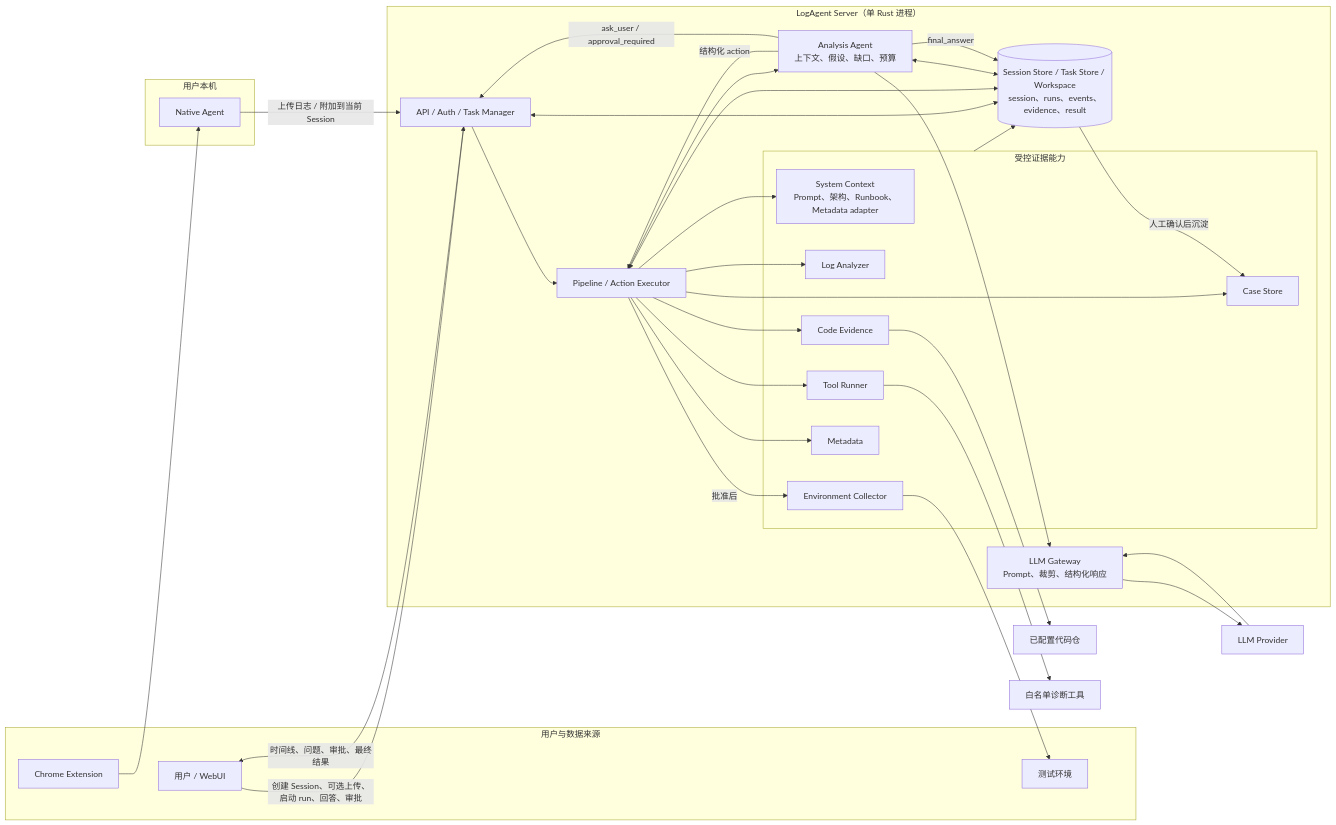
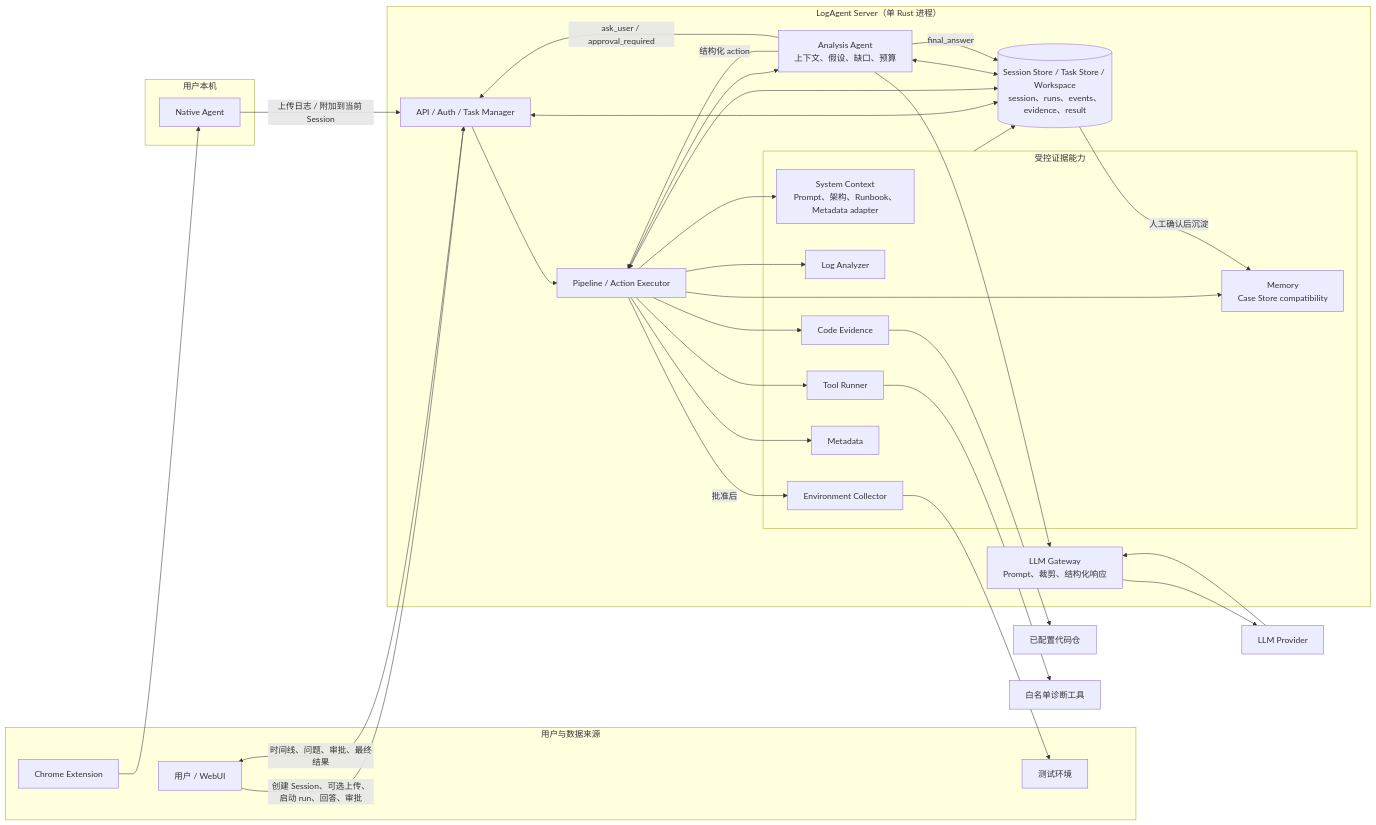
One commit to zhiwangdu/prd_assistant changed the diagram in README.md. Above: the diagram before and after it, drawn with Mermaid. The commit also changed other lines of this file and 26 other files, not shown here.

Commit message:
feat: add memory-backed case store

````diff
--- a/README.md
+++ b/README.md
@@ -58,67 +58,67 @@
 ```mermaid
 flowchart LR
     subgraph Inputs["用户与数据来源"]
         User["用户 / WebUI"]
         Chrome["Chrome Extension"]
         TestEnv["测试环境"]
     end
 
     subgraph Local["用户本机"]
         Native["Native Agent"]
     end
 
     subgraph ServerBoundary["LogAgent Server（单 Rust 进程）"]
         API["API / Auth / Task Manager"]
         Orchestrator["Pipeline / Action Executor"]
         Agent["Analysis Agent<br/>上下文、假设、缺口、预算"]
         Gateway["LLM Gateway<br/>Prompt、裁剪、结构化响应"]
 
         subgraph Evidence["受控证据能力"]
             SysCtx["System Context<br/>Prompt、架构、Runbook、Metadata adapter"]
             Log["Log Analyzer"]
             Tool["Tool Runner"]
             Code["Code Evidence"]
             Env["Environment Collector"]
             Meta["Metadata"]
-            Cases["Case Store"]
+            Cases["Memory<br/>Case Store compatibility"]
         end
 
         Store[("Session Store / Task Store / Workspace<br/>session、runs、events、evidence、result")]
     end
 
     Model["LLM Provider"]
     Repos["已配置代码仓"]
     Tools["白名单诊断工具"]
 
     Chrome --> Native
     Native -->|"上传日志 / 附加到当前 Session"| API
     User -->|"创建 Session、可选上传、启动 run、回答、审批"| API
     API --> Orchestrator
     Orchestrator --> Agent
     Agent -->|"结构化 action"| Orchestrator
     Agent --> Gateway
     Gateway --> Model
     Model --> Gateway
 
     Orchestrator --> Log
     Orchestrator --> SysCtx
     Orchestrator --> Tool
     Orchestrator --> Code
     Orchestrator -->|"批准后"| Env
     Orchestrator --> Meta
     Orchestrator --> Cases
 
     Tool --> Tools
     Code --> Repos
     Env --> TestEnv
 
     API <--> Store
     Orchestrator <--> Store
     Agent <--> Store
     Evidence --> Store
 
     Agent -->|"ask_user / approval_required"| API
     API -->|"时间线、问题、审批、最终结果"| User
     Agent -->|"final_answer"| Store
     Store -->|"人工确认后沉淀"| Cases
 ```
````
